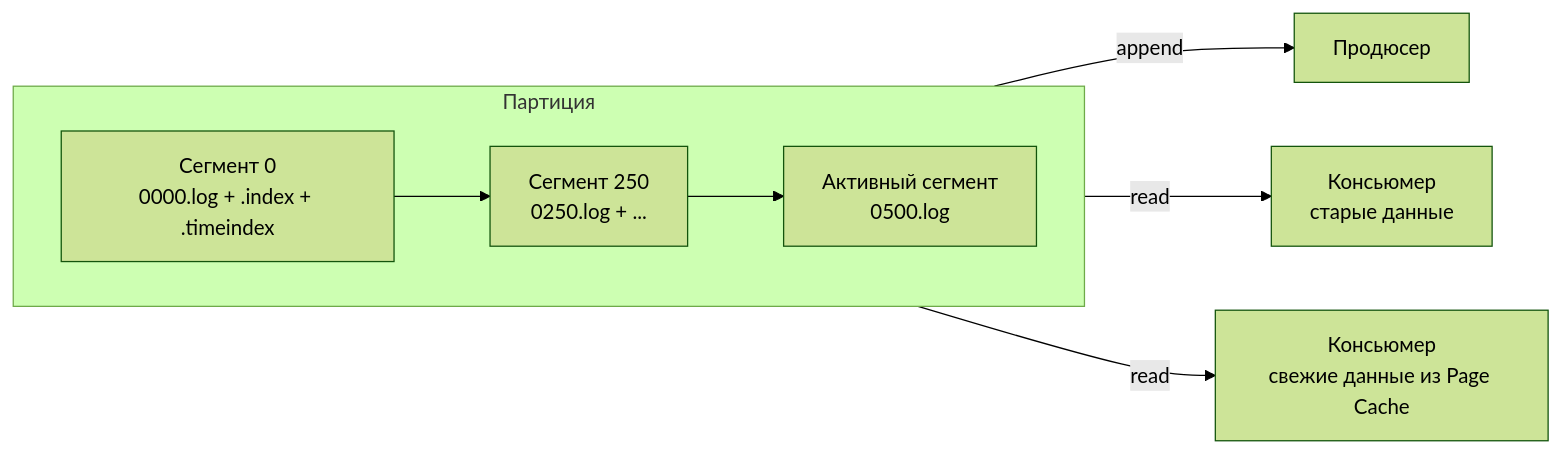
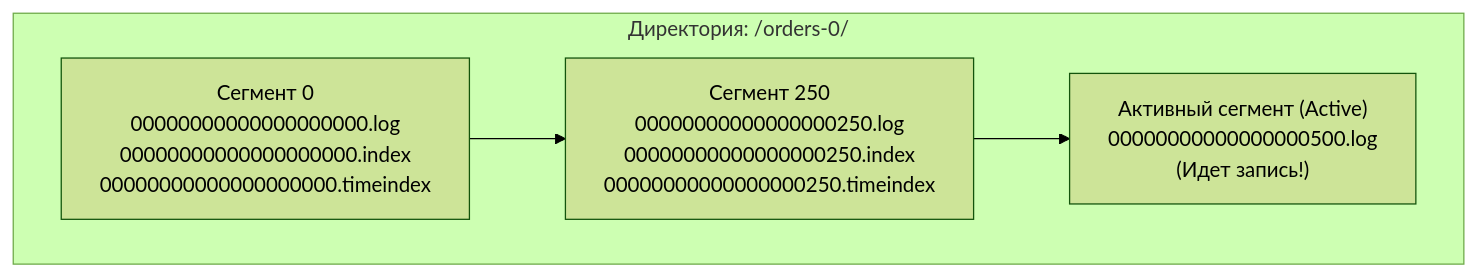
Before and after one commit to UnrealTemplier/go-textbook: the first of 5 diagrams in sources/13. Очереди, брокеры сообщений и оркестраторы/03. Kafka/7. Kafka storage под капотом.md, drawn with Mermaid (forest theme). The commit also changed other lines of this file, not shown here.

````diff
--- a/sources/13. Очереди, брокеры сообщений и оркестраторы/03. Kafka/7. Kafka storage под капотом.md
+++ b/sources/13. Очереди, брокеры сообщений и оркестраторы/03. Kafka/7. Kafka storage под капотом.md
@@ -32,10 +51,11 @@
 ```mermaid
 flowchart LR
-    subgraph Партиция
+    subgraph PartitionDir["Директория: /orders-0/"]
         direction LR
-        S1["Сегмент 0<br>0000.log + .index + .timeindex"] --> S2["Сегмент 250<br>0250.log + ..."] --> S3["Активный сегмент<br>0500.log"]
+        S1["Сегмент 0<br>00000000000000000000.log<br>00000000000000000000.index<br>00000000000000000000.timeindex"]
+        S2["Сегмент 250<br>00000000000000000250.log<br>00000000000000000250.index<br>00000000000000000250.timeindex"]
+        S3["Активный сегмент (Active)<br>00000000000000000500.log<br>(Идет запись!)"]
     end
-    S3 -->|"append"| Writer["Продюсер"]
-    S1 -->|"read"| Consumer["Консьюмер<br>старые данные"]
-    S3 -->|"read"| Consumer2["Консьюмер<br>свежие данные из Page Cache"]
+
+    S1 --> S2 --> S3
 ```
````
